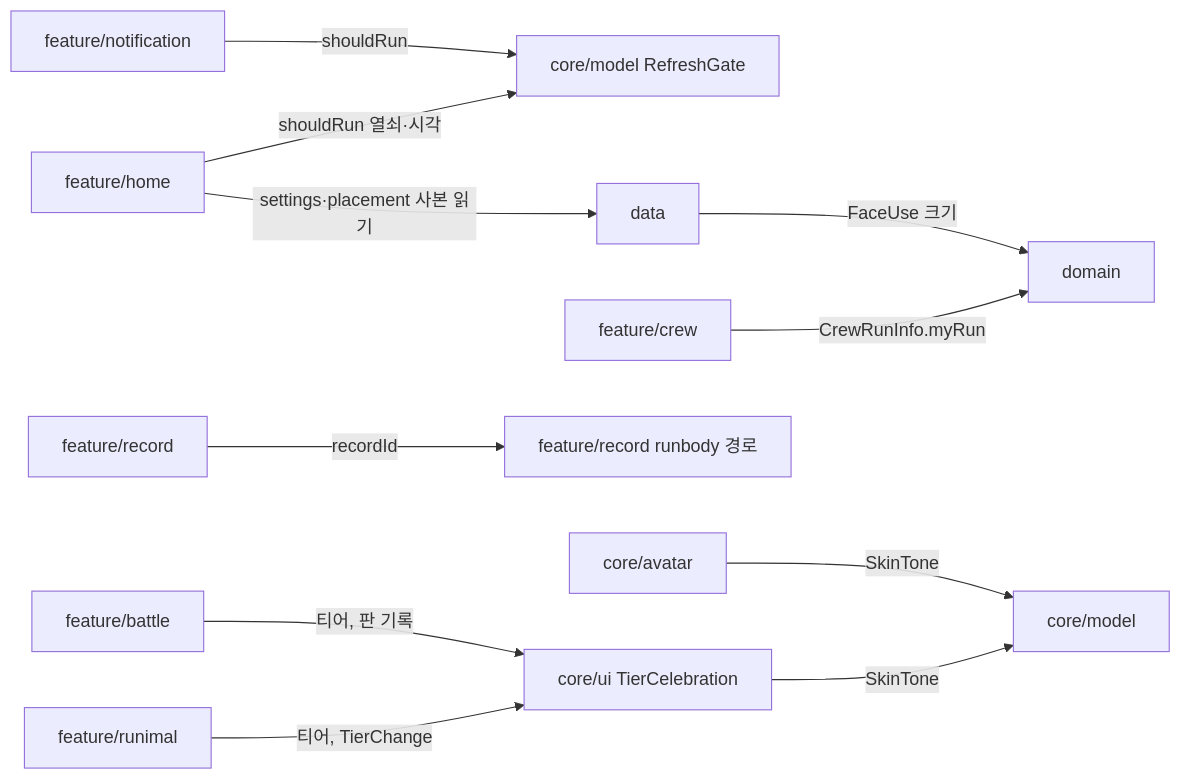
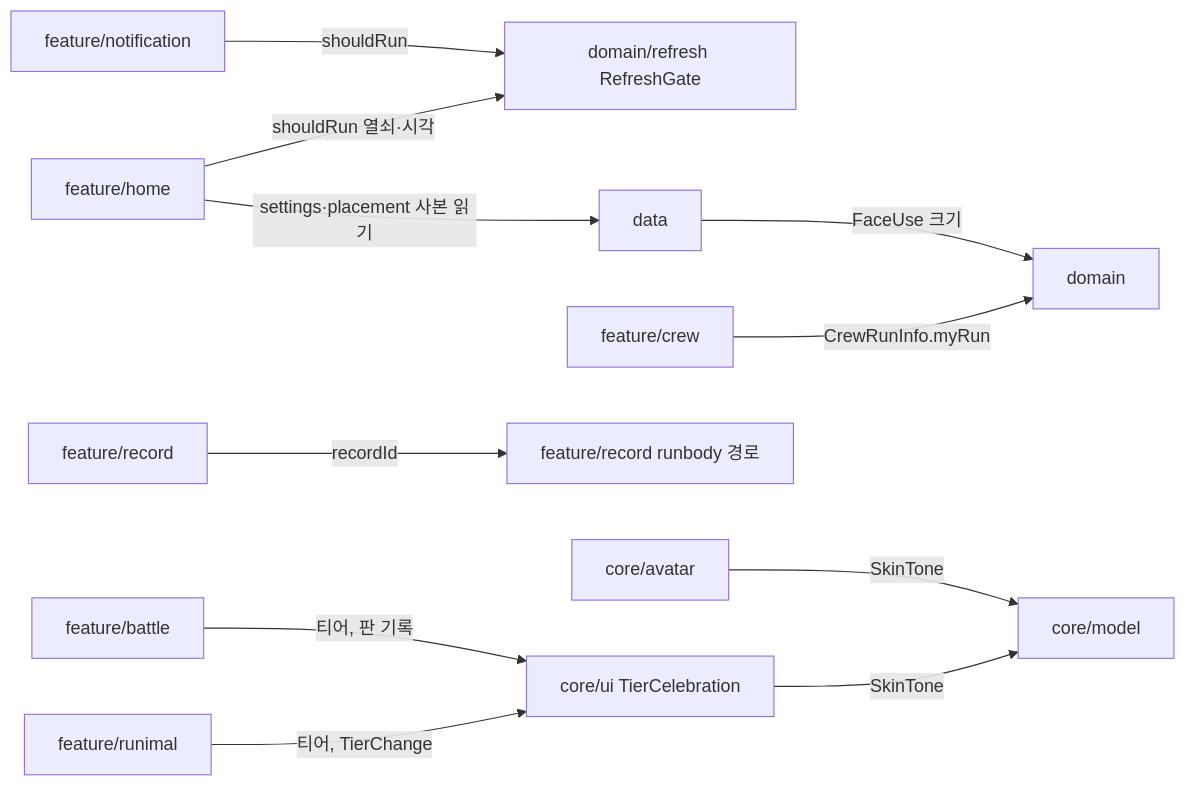
The fifth of 5 diagrams in docs/sw/design-oo/05-33-설계-v014-성.md (SeoooooNyeong/RunKK), drawn with Mermaid before and after one commit. The commit also changed other lines of this file and 2 other files, not shown here.

````diff
--- a/docs/sw/design-oo/05-33-설계-v014-성.md
+++ b/docs/sw/design-oo/05-33-설계-v014-성.md
@@ -155,13 +155,13 @@
 ```mermaid
 flowchart LR
-  home[feature/home] -- "shouldRun 열쇠·시각" --> gate[core/model RefreshGate]
+  home[feature/home] -- "shouldRun 열쇠·시각" --> gate[domain/refresh RefreshGate]
   notif[feature/notification] -- "shouldRun" --> gate
   home -- "settings·placement 사본 읽기" --> data[data]
   crew[feature/crew] -- "CrewRunInfo.myRun" --> domain[domain]
   record[feature/record] -- "recordId" --> rb[feature/record runbody 경로]
   runimal[feature/runimal] -- "티어, TierChange" --> coreui[core/ui TierCelebration]
   battle[feature/battle] -- "티어, 판 기록" --> coreui
   coreui -- "SkinTone" --> coremodel[core/model]
   coreavatar[core/avatar] -- "SkinTone" --> coremodel
   data -- "FaceUse 크기" --> domain
 ```
````
